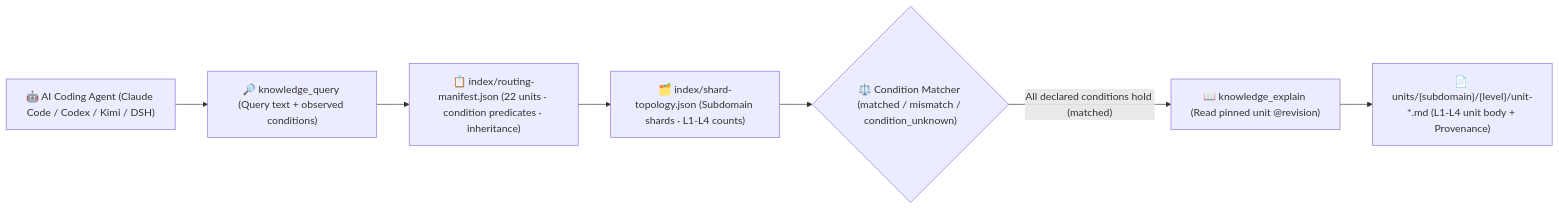
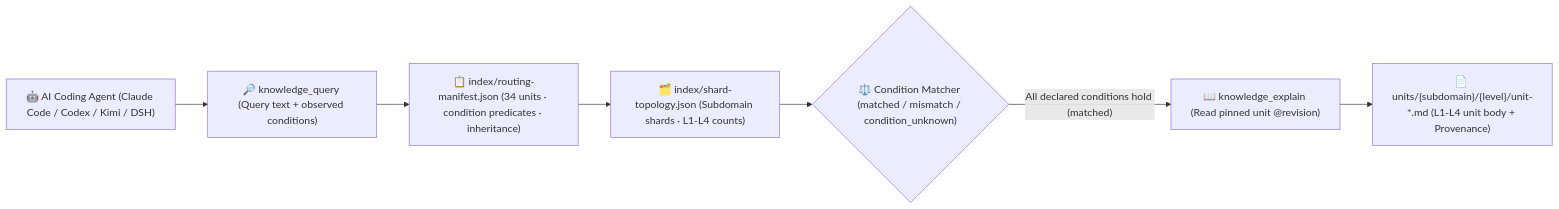
Before and after one commit to mindie-agent/knowledge-infer-ops-compat: the diagram in README.en.md, drawn with Mermaid. The commit also changed other lines of this file and 6 other files, not shown here.

````diff
--- a/README.en.md
+++ b/README.en.md
@@ -99,13 +99,13 @@
 ```mermaid
 flowchart LR
   Agent["🤖 AI Coding Agent (Claude Code / Codex / Kimi / DSH)"]
   Query["🔎 knowledge_query (Query text + observed conditions)"]
-  Manifest["📋 index/routing-manifest.json (22 units · condition predicates · inheritance)"]
+  Manifest["📋 index/routing-manifest.json (34 units · condition predicates · inheritance)"]
   Topology["🗂️ index/shard-topology.json (Subdomain shards · L1-L4 counts)"]
   Match{"⚖️ Condition Matcher (matched / mismatch / condition_unknown)"}
   Explain["📖 knowledge_explain (Read pinned unit @revision)"]
   Units["📄 units/{subdomain}/{level}/unit-*.md (L1-L4 unit body + Provenance)"]
 
   Agent --> Query --> Manifest --> Topology --> Match
   Match -- "All declared conditions hold (matched)" --> Explain --> Units
 ```
````
